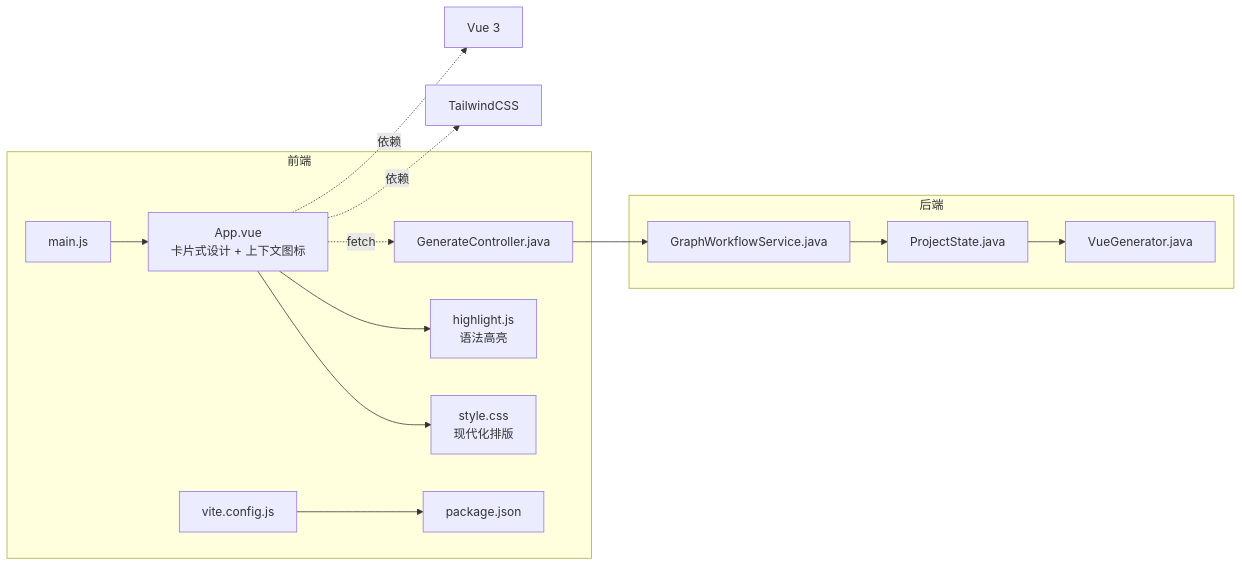
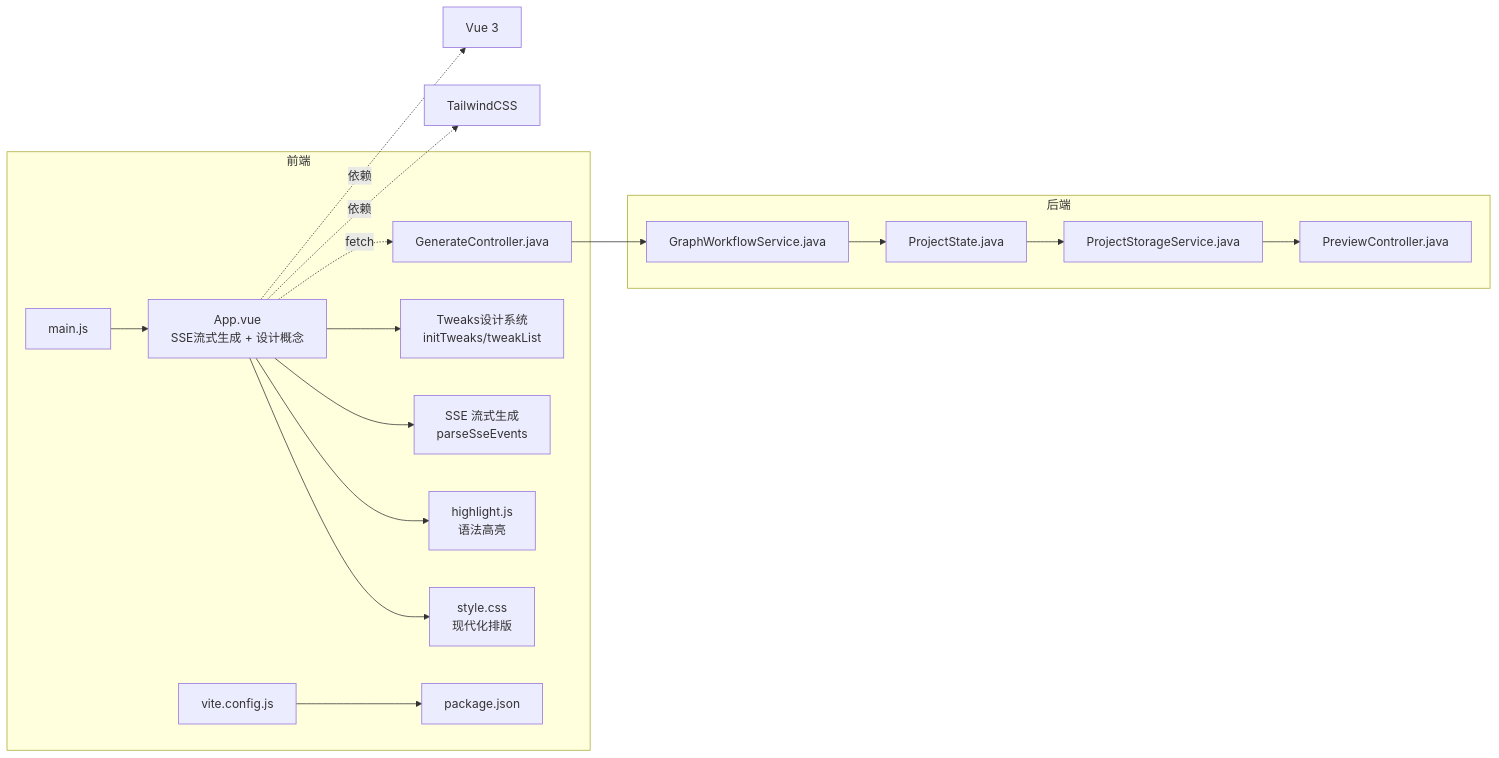
Before and after one commit to CyanYuKi/WebSiteFrontendCodeMother: the fourth of 4 diagrams in .qoder/repowiki/zh/content/前端Vue.js应用.md, drawn with Mermaid. The commit also changed other lines of this file and 12 other files, not shown here.

````diff
--- a/.qoder/repowiki/zh/content/前端Vue.js应用.md
+++ b/.qoder/repowiki/zh/content/前端Vue.js应用.md
@@ -233,17 +254,20 @@
 ```mermaid
 graph LR
 subgraph "前端"
-M["main.js"] --> A["App.vue<br/>卡片式设计 + 上下文图标"]
+M["main.js"] --> A["App.vue<br/>SSE流式生成 + 设计概念"]
 A --> S["style.css<br/>现代化排版"]
 A --> H["highlight.js<br/>语法高亮"]
+A --> SSE["SSE 流式生成<br/>parseSseEvents"]
+A --> TW["Tweaks设计系统<br/>initTweaks/tweakList"]
 A -.fetch.-> C["GenerateController.java"]
 V["vite.config.js"] --> P["package.json"]
 end
 subgraph "后端"
 C --> W["GraphWorkflowService.java"]
 W --> R["ProjectState.java"]
-R --> N["VueGenerator.java"]
+R --> PS["ProjectStorageService.java"]
+PS --> PC["PreviewController.java"]
 end
 A -.依赖.-> T["TailwindCSS"]
 A -.依赖.-> VUE["Vue 3"]
 ```
````
